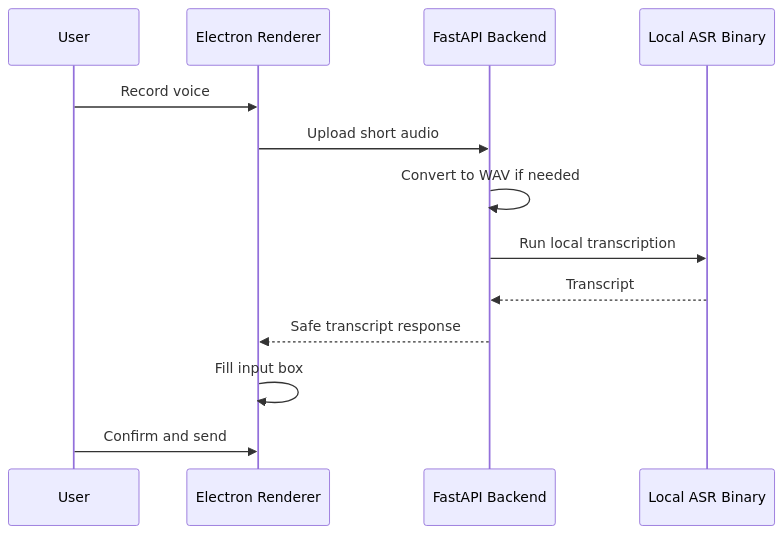
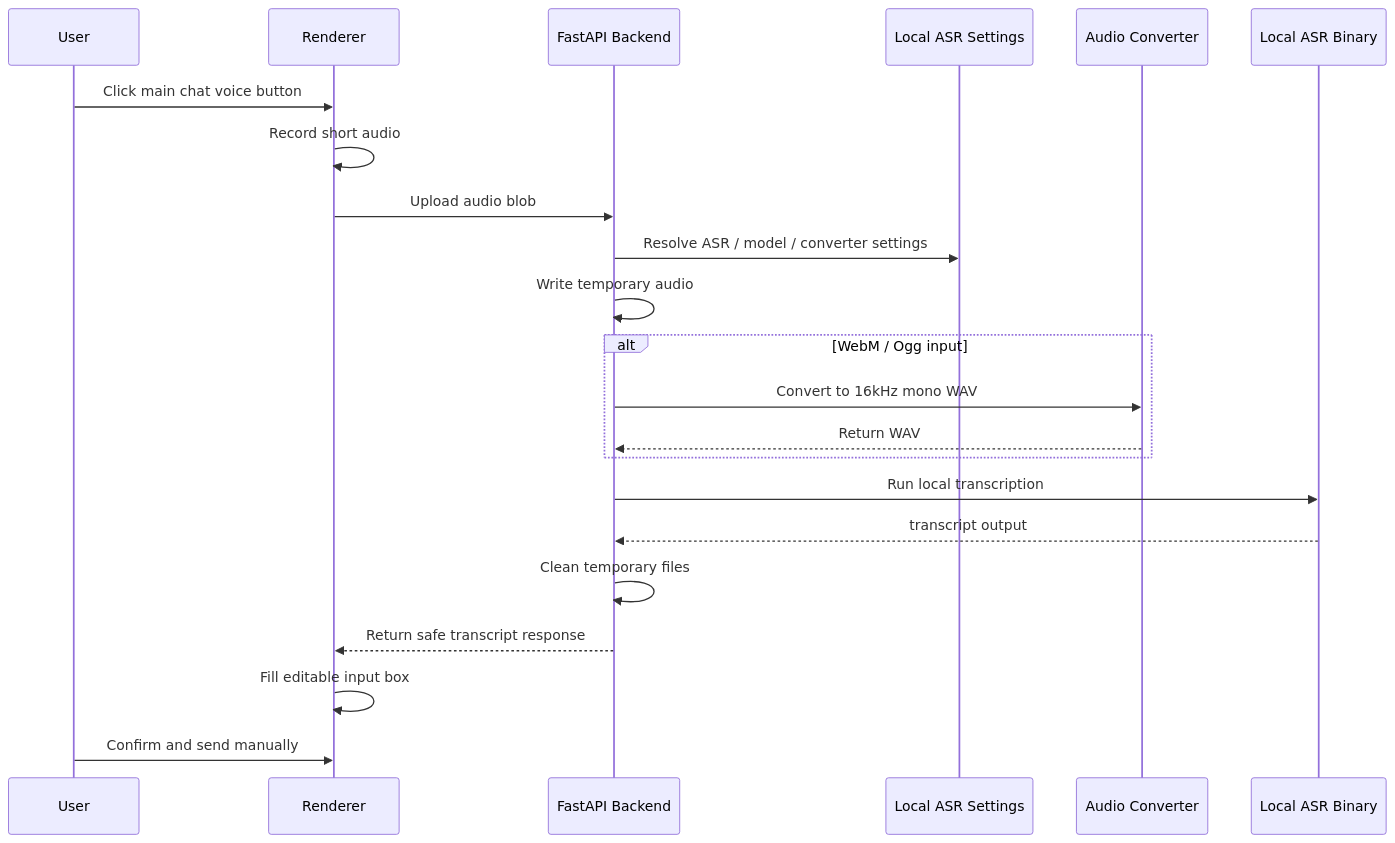
The third of 3 diagrams in README.en.md (Zhuoran-26/ReiLink), drawn with Mermaid before and after one commit. The commit also changed other lines of this file and 1 other file, not shown here.

Commit message:
docs: localize and refine readme architecture

````diff
--- a/README.en.md
+++ b/README.en.md
@@ -135,15 +187,25 @@
 ```mermaid
 sequenceDiagram
-  participant User
-  participant Renderer as Electron Renderer
+  participant User as User
+  participant UI as Renderer
   participant Backend as FastAPI Backend
+  participant Settings as Local ASR Settings
+  participant Converter as Audio Converter
   participant ASR as Local ASR Binary
-  User->>Renderer: Record voice
-  Renderer->>Backend: Upload short audio
-  Backend->>Backend: Convert to WAV if needed
+
+  User->>UI: Click main chat voice button
+  UI->>UI: Record short audio
+  UI->>Backend: Upload audio blob
+  Backend->>Settings: Resolve ASR / model / converter settings
+  Backend->>Backend: Write temporary audio
+  alt WebM / Ogg input
+    Backend->>Converter: Convert to 16kHz mono WAV
+    Converter-->>Backend: Return WAV
+  end
   Backend->>ASR: Run local transcription
-  ASR-->>Backend: Transcript
-  Backend-->>Renderer: Safe transcript response
-  Renderer->>Renderer: Fill input box
-  User->>Renderer: Confirm and send
+  ASR-->>Backend: transcript output
+  Backend->>Backend: Clean temporary files
+  Backend-->>UI: Return safe transcript response
+  UI->>UI: Fill editable input box
+  User->>UI: Confirm and send manually
 ```
````
